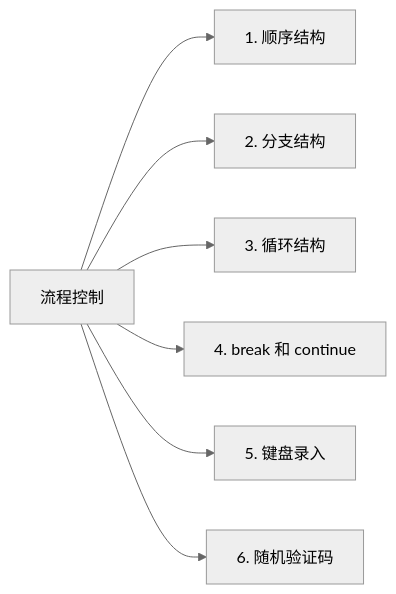
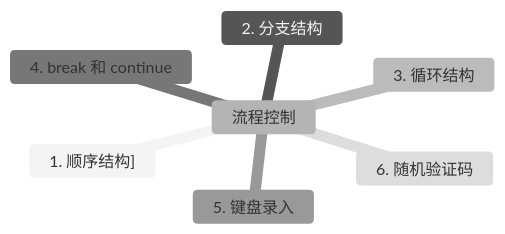
One commit to TZ0385/JavaPark changed the third of 16 diagrams in src/md/java/se/2023-02-15-overview.md. Above: the diagram before and after it, drawn with Mermaid (neutral theme). The commit also changed other lines of this file, not shown here.

````diff
--- a/src/md/java/se/2023-02-15-overview.md
+++ b/src/md/java/se/2023-02-15-overview.md
@@ -180,9 +182,10 @@
 ```mermaid
-graph LR
-流程控制 --> A[1. 顺序结构]
-流程控制 --> B[2. 分支结构]
-流程控制 --> C[3. 循环结构]
-流程控制 --> D[4. break 和 continue]
-流程控制 --> E[5. 键盘录入]
-流程控制 --> F[6. 随机验证码]
+mindmap
+流程控制 
+	1. 顺序结构]
+	2. 分支结构
+	3. 循环结构
+	4. break 和 continue
+	5. 键盘录入
+	6. 随机验证码
 ```
````
